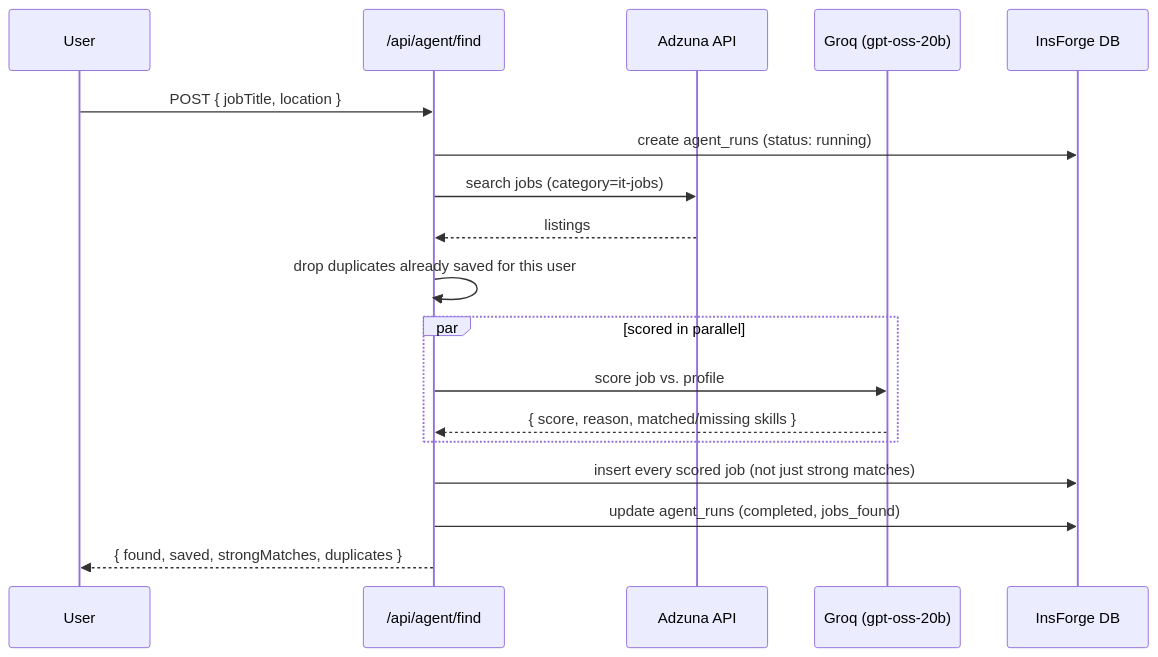
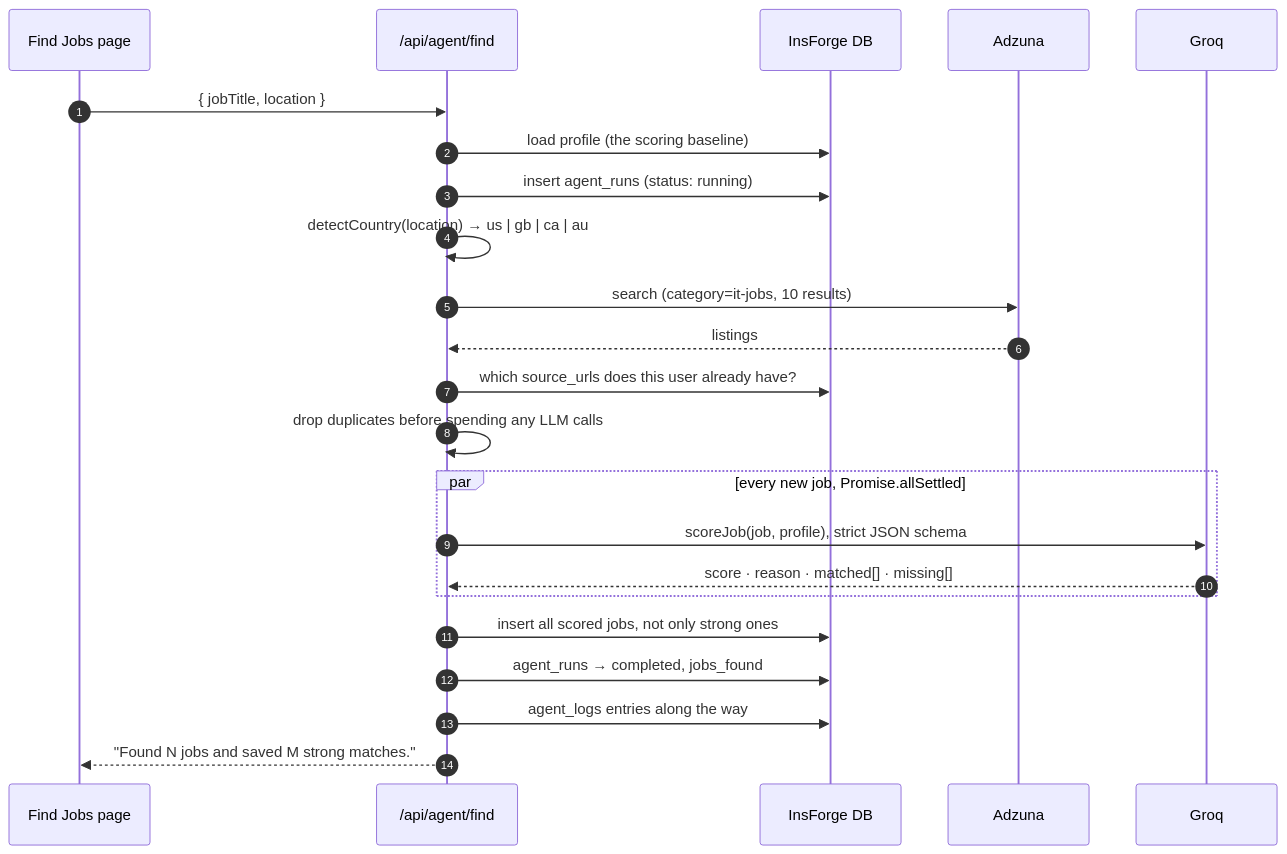
Before and after one commit to PranavSingla101/Applyr-AI: the sixth of 9 diagrams in README.md, drawn with Mermaid. The commit also changed other lines of this file and 21 other files, not shown here.

````diff
--- a/README.md
+++ b/README.md
@@ -181,21 +327,26 @@
 ```mermaid
 sequenceDiagram
-    participant U as User
+    autonumber
+    participant U as Find Jobs page
     participant R as /api/agent/find
-    participant Az as Adzuna API
-    participant G as Groq (gpt-oss-20b)
     participant DB as InsForge DB
+    participant Az as Adzuna
+    participant G as Groq
 
-    U->>R: POST { jobTitle, location }
-    R->>DB: create agent_runs (status: running)
-    R->>Az: search jobs (category=it-jobs)
+    U->>R: { jobTitle, location }
+    R->>DB: load profile (the scoring baseline)
+    R->>DB: insert agent_runs (status: running)
+    R->>R: detectCountry(location) → us | gb | ca | au
+    R->>Az: search (category=it-jobs, 10 results)
     Az-->>R: listings
-    R->>R: drop duplicates already saved for this user
-    par scored in parallel
-        R->>G: score job vs. profile
-        G-->>R: { score, reason, matched/missing skills }
+    R->>DB: which source_urls does this user already have?
+    R->>R: drop duplicates before spending any LLM calls
+    par every new job, Promise.allSettled
+        R->>G: scoreJob(job, profile), strict JSON schema
+        G-->>R: score · reason · matched[] · missing[]
     end
-    R->>DB: insert every scored job (not just strong matches)
-    R->>DB: update agent_runs (completed, jobs_found)
-    R-->>U: { found, saved, strongMatches, duplicates }
+    R->>DB: insert all scored jobs, not only strong ones
+    R->>DB: agent_runs → completed, jobs_found
+    R->>DB: agent_logs entries along the way
+    R-->>U: "Found N jobs and saved M strong matches."
 ```
````
